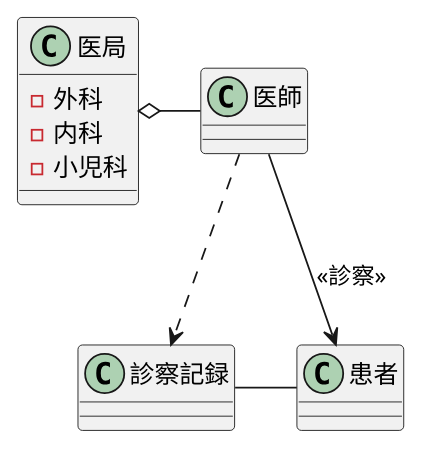
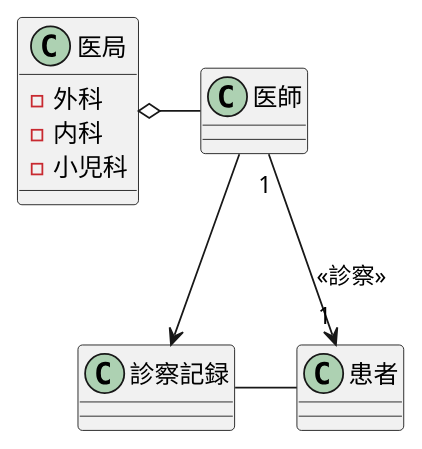
One commit to miyanokengo/uml-introduction changed the diagram in 演習3-2_CL_医師と患者と医局と診療記録.pu. Above: the diagram before and after it, drawn with PlantUML. The commit also changed 1 other file, not shown here.

```diff
--- a/演習3-2_CL_医師と患者と医局と診療記録.pu
+++ b/演習3-2_CL_医師と患者と医局と診療記録.pu
@@ -1,15 +1,15 @@
 @startuml
 class 医局 {
  - 外科
  - 内科
  - 小児科
 }
 class 診察記録 {
 }
 class 患者 {
 }
 医局 o- 医師
-医師-->患者: << 診察 >>
-医師 ..> 診察記録
+医師 "1" --> "1" 患者 : << 診察 >> 
+医師 --> 診察記録
 診察記録 -ri- 患者
 @enduml
```
